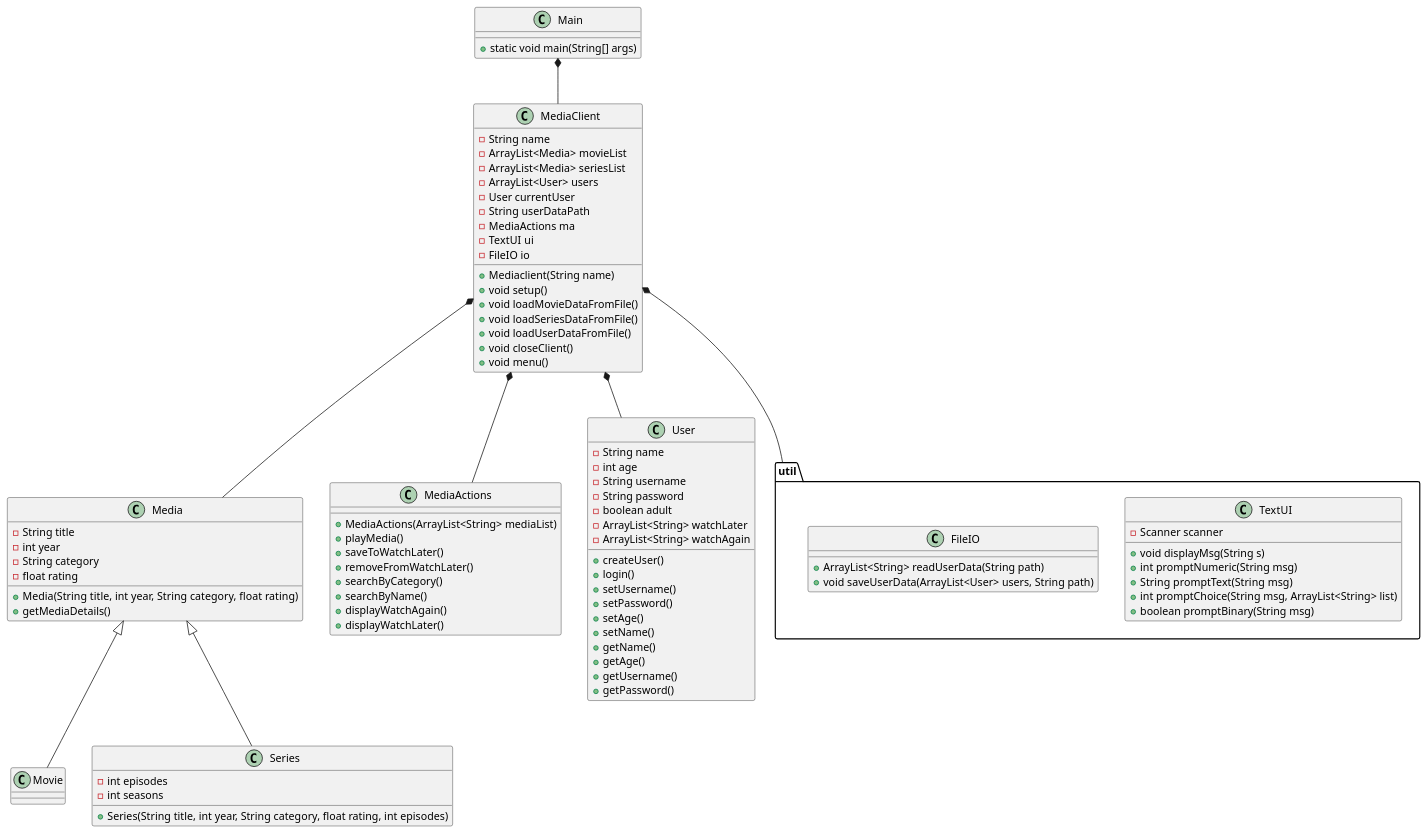
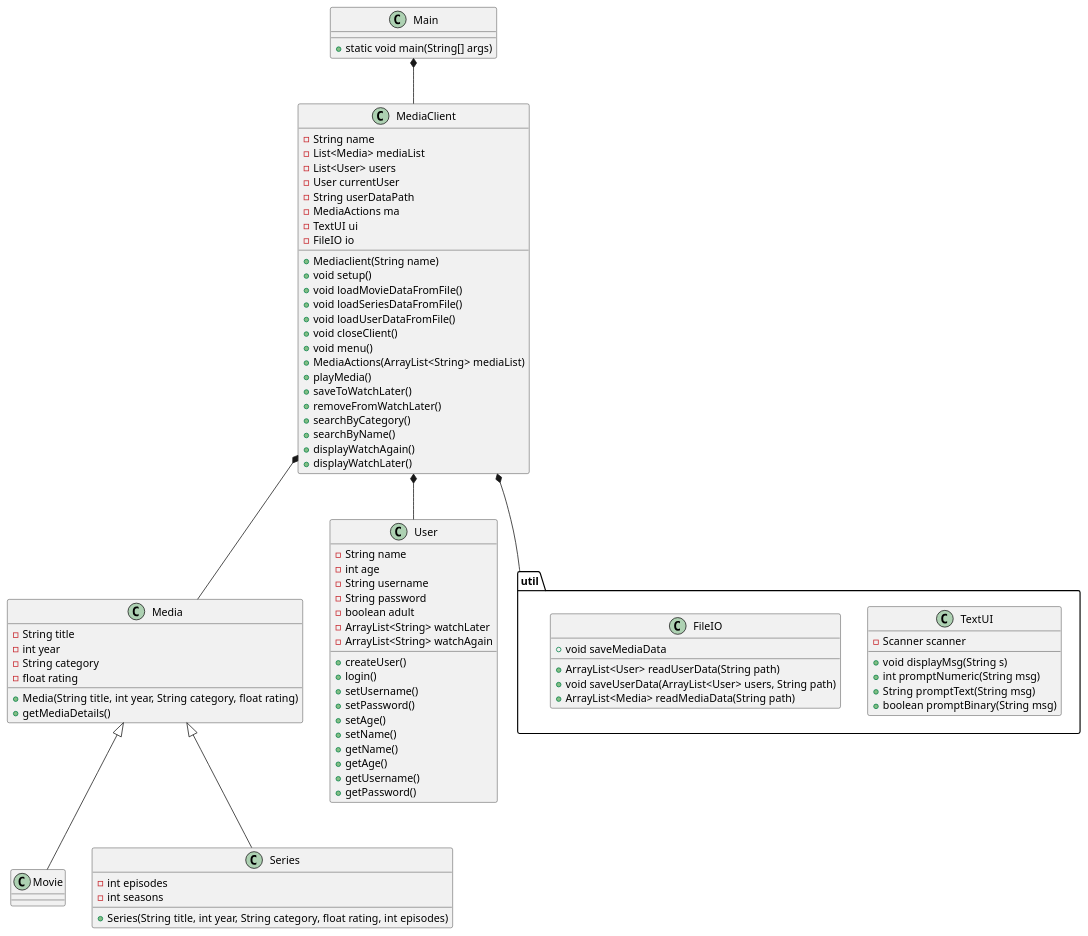
One commit to b-rino/SP3 changed the diagram in docs/classdiagram_v0.puml. Above: the diagram before and after it, drawn with PlantUML. The commit also changed 6 other files, not shown here.

```diff
--- a/docs/classdiagram_v0.puml
+++ b/docs/classdiagram_v0.puml
@@ -1,111 +1,109 @@
 @startuml
 class Main{
 + static void main(String[] args)
 }
 
 class Media{
 - String title
 - int year
 - String category
 - float rating
 +Media(String title, int year, String category, float rating)
 +getMediaDetails()
 
 
 }
 
 class MediaClient{
 -String name
--ArrayList<Media> movieList
--ArrayList<Media> seriesList
--ArrayList<User> users
+-List<Media> mediaList
+-List<User> users
 -User currentUser
 -String userDataPath
 -MediaActions ma
 -TextUI ui
 -FileIO io
 +Mediaclient(String name)
 +void setup()
 +void loadMovieDataFromFile()
 +void loadSeriesDataFromFile()
 +void loadUserDataFromFile()
 +void closeClient()
 +void menu()
++MediaActions(ArrayList<String> mediaList)
++playMedia()
++saveToWatchLater()
++removeFromWatchLater()
++searchByCategory()
++searchByName()
++displayWatchAgain()
++displayWatchLater()
+
 
 }
 
 
 class Movie{
 }
 
 class Series{
 - int episodes
 - int seasons
 +Series(String title, int year, String category, float rating, int episodes)
 }
 
-
-class MediaActions{
-+MediaActions(ArrayList<String> mediaList)
-+playMedia()
-+saveToWatchLater()
-+removeFromWatchLater()
-+searchByCategory()
-+searchByName()
-+displayWatchAgain()
-+displayWatchLater()
-}
 
 class User{
 -String name
 -int age
 -String username
 -String password
 -boolean adult
 -ArrayList<String> watchLater
 -ArrayList<String> watchAgain
 +createUser()
 +login()
 '+logout()
 +setUsername()
 +setPassword()
 +setAge()
 +setName()
 +getName()
 +getAge()
 +getUsername()
 +getPassword()
 }
 
 
 package "util" {
 class TextUI{
 - Scanner scanner
 
 +void displayMsg(String s)
 +int promptNumeric(String msg)
 +String promptText(String msg)
-+int promptChoice(String msg, ArrayList<String> list)
 +boolean promptBinary(String msg)
 }
 class FileIO{
 '+void addMediaToFile(Media media, String path)
 '+void removeMediaFromFile(Media media, String path)
-+ArrayList<String> readUserData(String path)
++ArrayList<User> readUserData(String path)
 +void saveUserData(ArrayList<User> users, String path)
++ArrayList<Media> readMediaData(String path)
++void saveMediaData
 }
 }
 
 MediaClient *-- Media
 Media<|--Series
 Media <|-- Movie
 MediaClient *-- User
 Main *-- MediaClient
 MediaClient *-- "util"
-MediaClient *-- MediaActions
+
 
 
 
 
 
 @enduml
```
